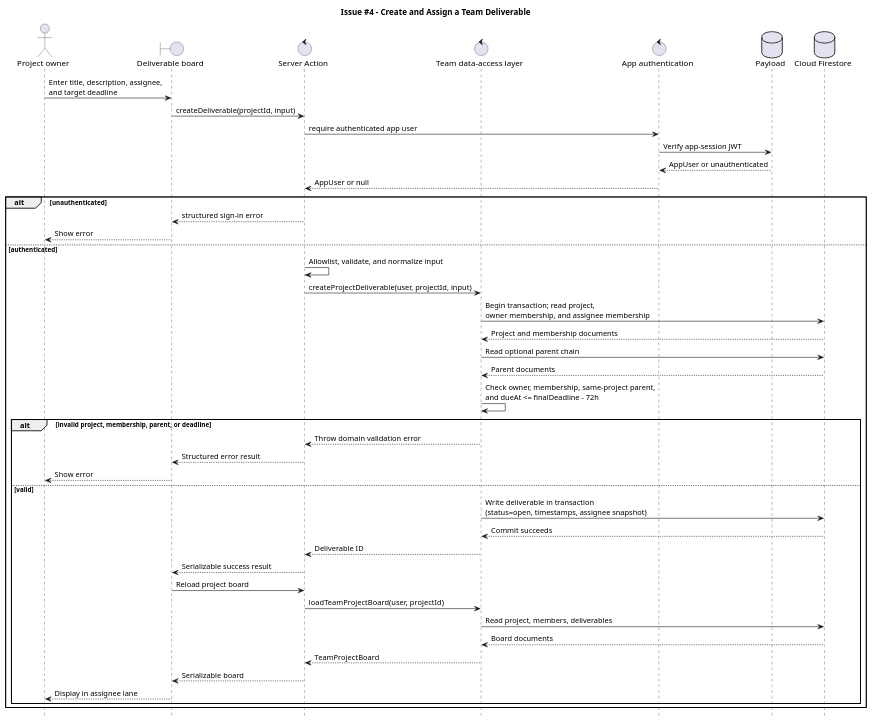
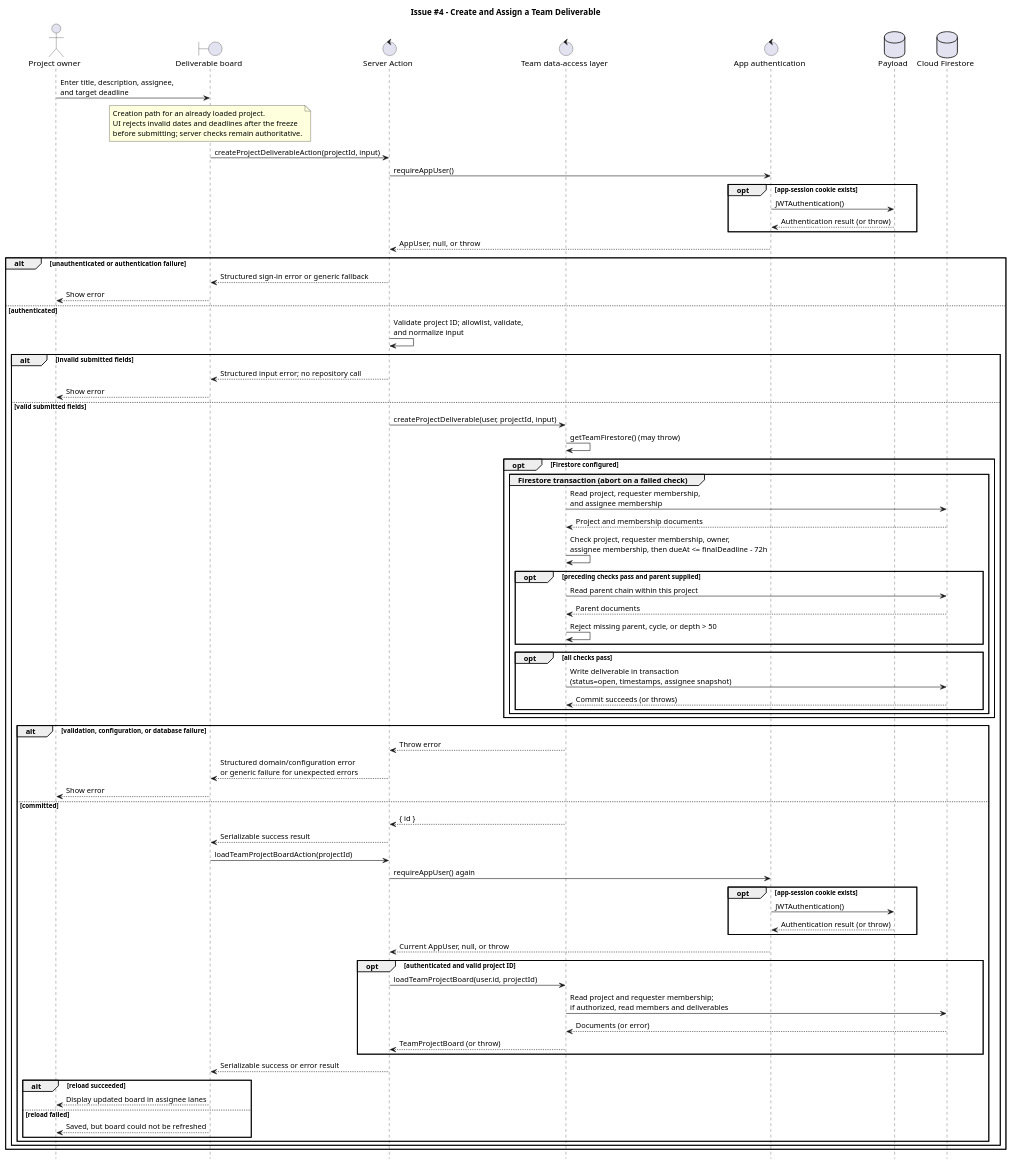
One commit to sai2005-1/AI-AssistedPlanningApp changed the diagram in docs/uml/team-deliverable-sequence.puml. Above: the diagram before and after it, drawn with PlantUML. The commit also changed 5 other files, not shown here.

Commit message:
docs(sprint2): correct UML diagrams and document design review

```diff
--- a/docs/uml/team-deliverable-sequence.puml
+++ b/docs/uml/team-deliverable-sequence.puml
@@ -1,51 +1,86 @@
 @startuml
 title Issue #4 - Create and Assign a Team Deliverable
 hide footbox
 skinparam shadowing false
 
 actor "Project owner" as Owner
 boundary "Deliverable board" as UI
 control "Server Action" as Action
 control "Team data-access layer" as Store
 control "App authentication" as Auth
 database "Payload" as Payload
 database "Cloud Firestore" as Firestore
 
 Owner -> UI: Enter title, description, assignee,\nand target deadline
-UI -> Action: createDeliverable(projectId, input)
-Action -> Auth: require authenticated app user
-Auth -> Payload: Verify app-session JWT
-Payload --> Auth: AppUser or unauthenticated
-Auth --> Action: AppUser or null
+note over UI
+  Creation path for an already loaded project.
+  UI rejects invalid dates and deadlines after the freeze
+  before submitting; server checks remain authoritative.
+end note
+UI -> Action: createProjectDeliverableAction(projectId, input)
+Action -> Auth: requireAppUser()
+opt app-session cookie exists
+  Auth -> Payload: JWTAuthentication()
+  Payload --> Auth: Authentication result (or throw)
+end
+Auth --> Action: AppUser, null, or throw
 
-alt unauthenticated
-  Action --> UI: structured sign-in error
+alt unauthenticated or authentication failure
+  Action --> UI: Structured sign-in error or generic fallback
   UI --> Owner: Show error
 else authenticated
-  Action -> Action: Allowlist, validate, and normalize input
-  Action -> Store: createProjectDeliverable(user, projectId, input)
-  Store -> Firestore: Begin transaction; read project,\nowner membership, and assignee membership
-  Firestore --> Store: Project and membership documents
-  Store -> Firestore: Read optional parent chain
-  Firestore --> Store: Parent documents
-  Store -> Store: Check owner, membership, same-project parent,\nand dueAt <= finalDeadline - 72h
+  Action -> Action: Validate project ID; allowlist, validate,\nand normalize input
 
-  alt invalid project, membership, parent, or deadline
-    Store --> Action: Throw domain validation error
-    Action --> UI: Structured error result
+  alt invalid submitted fields
+    Action --> UI: Structured input error; no repository call
     UI --> Owner: Show error
-  else valid
-    Store -> Firestore: Write deliverable in transaction\n(status=open, timestamps, assignee snapshot)
-    Firestore --> Store: Commit succeeds
-    Store --> Action: Deliverable ID
-    Action --> UI: Serializable success result
-    UI -> Action: Reload project board
-    Action -> Store: loadTeamProjectBoard(user, projectId)
-    Store -> Firestore: Read project, members, deliverables
-    Firestore --> Store: Board documents
-    Store --> Action: TeamProjectBoard
-    Action --> UI: Serializable board
-    UI --> Owner: Display in assignee lane
+  else valid submitted fields
+    Action -> Store: createProjectDeliverable(user, projectId, input)
+    Store -> Store: getTeamFirestore() (may throw)
+    opt Firestore configured
+      group Firestore transaction (abort on a failed check)
+        Store -> Firestore: Read project, requester membership,\nand assignee membership
+        Firestore --> Store: Project and membership documents
+        Store -> Store: Check project, requester membership, owner,\nassignee membership, then dueAt <= finalDeadline - 72h
+        opt preceding checks pass and parent supplied
+          Store -> Firestore: Read parent chain within this project
+          Firestore --> Store: Parent documents
+          Store -> Store: Reject missing parent, cycle, or depth > 50
+        end
+        opt all checks pass
+          Store -> Firestore: Write deliverable in transaction\n(status=open, timestamps, assignee snapshot)
+          Firestore --> Store: Commit succeeds (or throws)
+        end
+      end
+    end
+
+    alt validation, configuration, or database failure
+      Store --> Action: Throw error
+      Action --> UI: Structured domain/configuration error\nor generic failure for unexpected errors
+      UI --> Owner: Show error
+    else committed
+      Store --> Action: { id }
+      Action --> UI: Serializable success result
+      UI -> Action: loadTeamProjectBoardAction(projectId)
+      Action -> Auth: requireAppUser() again
+      opt app-session cookie exists
+        Auth -> Payload: JWTAuthentication()
+        Payload --> Auth: Authentication result (or throw)
+      end
+      Auth --> Action: Current AppUser, null, or throw
+      opt authenticated and valid project ID
+        Action -> Store: loadTeamProjectBoard(user.id, projectId)
+        Store -> Firestore: Read project and requester membership;\nif authorized, read members and deliverables
+        Firestore --> Store: Documents (or error)
+        Store --> Action: TeamProjectBoard (or throw)
+      end
+      Action --> UI: Serializable success or error result
+      alt reload succeeded
+        UI --> Owner: Display updated board in assignee lanes
+      else reload failed
+        UI --> Owner: Saved, but board could not be refreshed
+      end
+    end
   end
 end
 @enduml
```
